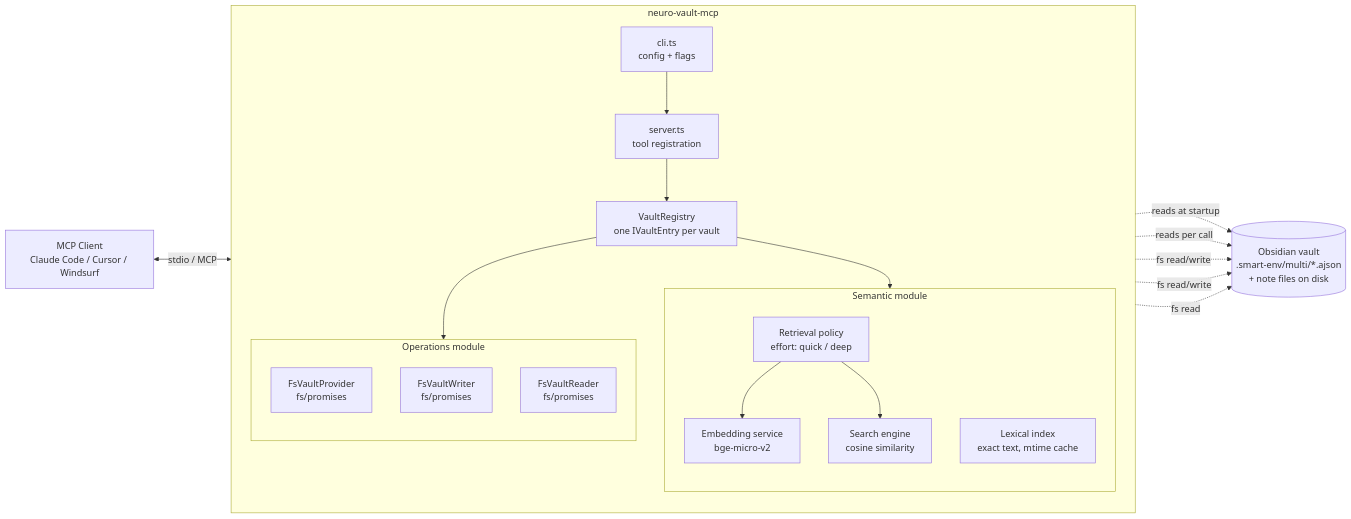
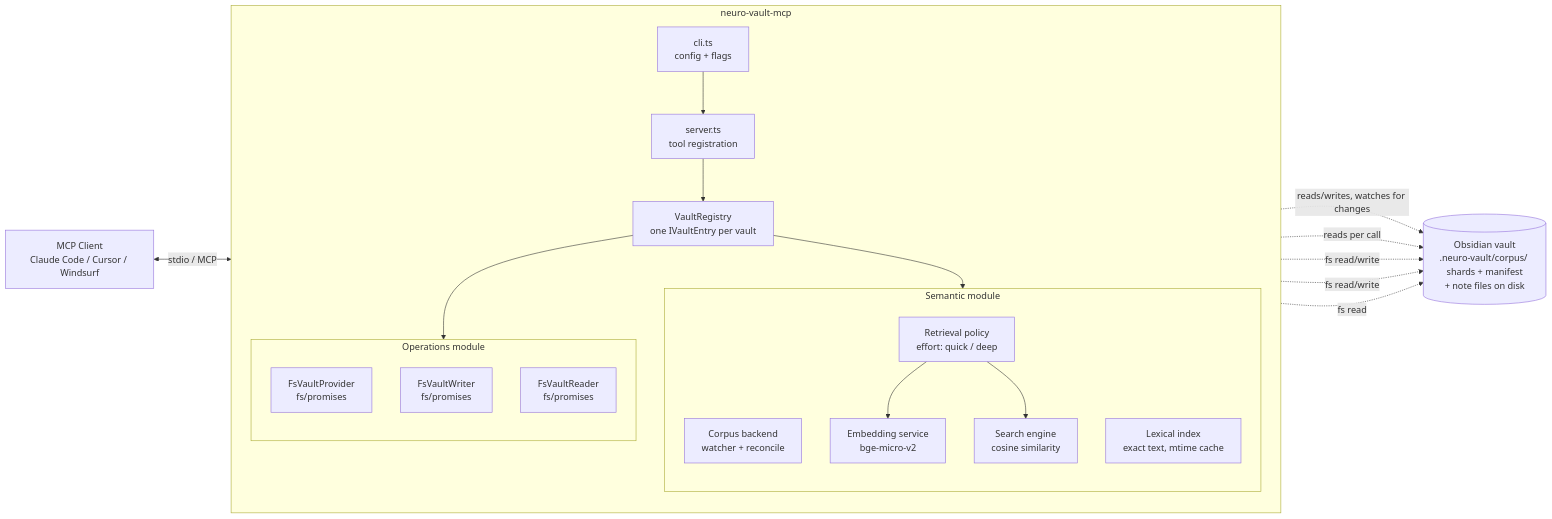
Before and after one commit to AlexMost/neuro-vault: the diagram in docs/architecture/module-structure.md, drawn with Mermaid. The commit also changed other lines of this file and 8 other files, not shown here.

````diff
--- a/docs/architecture/module-structure.md
+++ b/docs/architecture/module-structure.md
@@ -52,36 +52,37 @@
 ```mermaid
 flowchart LR
     Client[MCP Client<br/>Claude Code / Cursor / Windsurf]
     subgraph Server[neuro-vault-mcp]
         direction TB
         CLI[cli.ts<br/>config + flags]
         Core[server.ts<br/>tool registration]
         Registry[VaultRegistry<br/>one IVaultEntry per vault]
         subgraph Semantic[Semantic module]
             direction TB
+            Backend[Corpus backend<br/>watcher + reconcile]
             Retrieval[Retrieval policy<br/>effort: quick / deep]
             Embed[Embedding service<br/>bge-micro-v2]
             Search[Search engine<br/>cosine similarity]
             Lexical[Lexical index<br/>exact text, mtime cache]
         end
         subgraph Operations[Operations module]
             direction TB
             Provider[FsVaultProvider<br/>fs/promises]
             Writer[FsVaultWriter<br/>fs/promises]
             Reader[FsVaultReader<br/>fs/promises]
         end
         CLI --> Core
         Core --> Registry
         Registry --> Semantic
         Registry --> Operations
         Retrieval --> Embed
         Retrieval --> Search
     end
-    Vault[(Obsidian vault<br/>.smart-env/multi/*.ajson<br/>+ note files on disk)]
+    Vault[(Obsidian vault<br/>.neuro-vault/corpus/ shards + manifest<br/>+ note files on disk)]
     Client <-->|stdio / MCP| Core
-    Search -. reads at startup .-> Vault
+    Backend -. reads/writes, watches for changes .-> Vault
     Lexical -. reads per call .-> Vault
     Provider -. fs read/write .-> Vault
     Writer -. fs read/write .-> Vault
     Reader -. fs read .-> Vault
 ```
````
